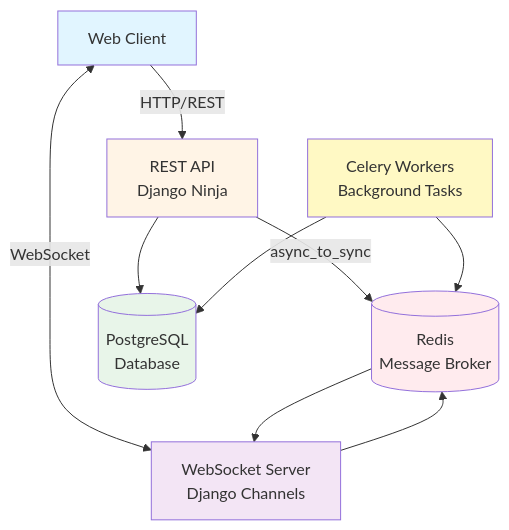
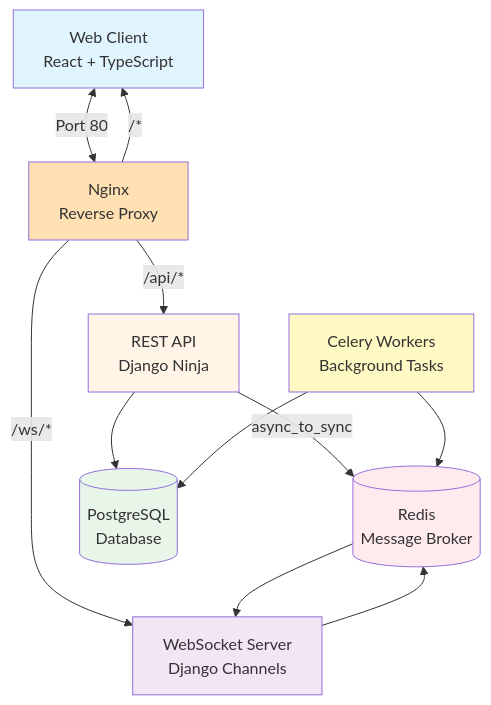
One commit to omaryesith/prono changed the diagram in README.md. Above: the diagram before and after it, drawn with Mermaid. The commit also changed other lines of this file and 157 other files, not shown here.

````diff
--- a/README.md
+++ b/README.md
@@ -69,25 +73,29 @@
 ```mermaid
 graph TB
-    Client[Web Client]
+    Client[Web Client<br/>React + TypeScript]
+    Nginx[Nginx<br/>Reverse Proxy]
     API[REST API<br/>Django Ninja]
     WS[WebSocket Server<br/>Django Channels]
     Redis[(Redis<br/>Message Broker)]
     DB[(PostgreSQL<br/>Database)]
     Celery[Celery Workers<br/>Background Tasks]
     
-    Client -->|HTTP/REST| API
-    Client <-->|WebSocket| WS
+    Client <-->|Port 80| Nginx
+    Nginx -->|/api/*| API
+    Nginx -->|/ws/*| WS
+    Nginx -->|/*| Client
     API --> DB
     WS --> Redis
     API -->|async_to_sync| Redis
     Redis --> WS
     Celery --> Redis
     Celery --> DB
     
     style Client fill:#e1f5ff
+    style Nginx fill:#ffe0b2
     style API fill:#fff4e6
     style WS fill:#f3e5f5
     style Redis fill:#ffebee
     style DB fill:#e8f5e9
     style Celery fill:#fff9c4
 ```
````
